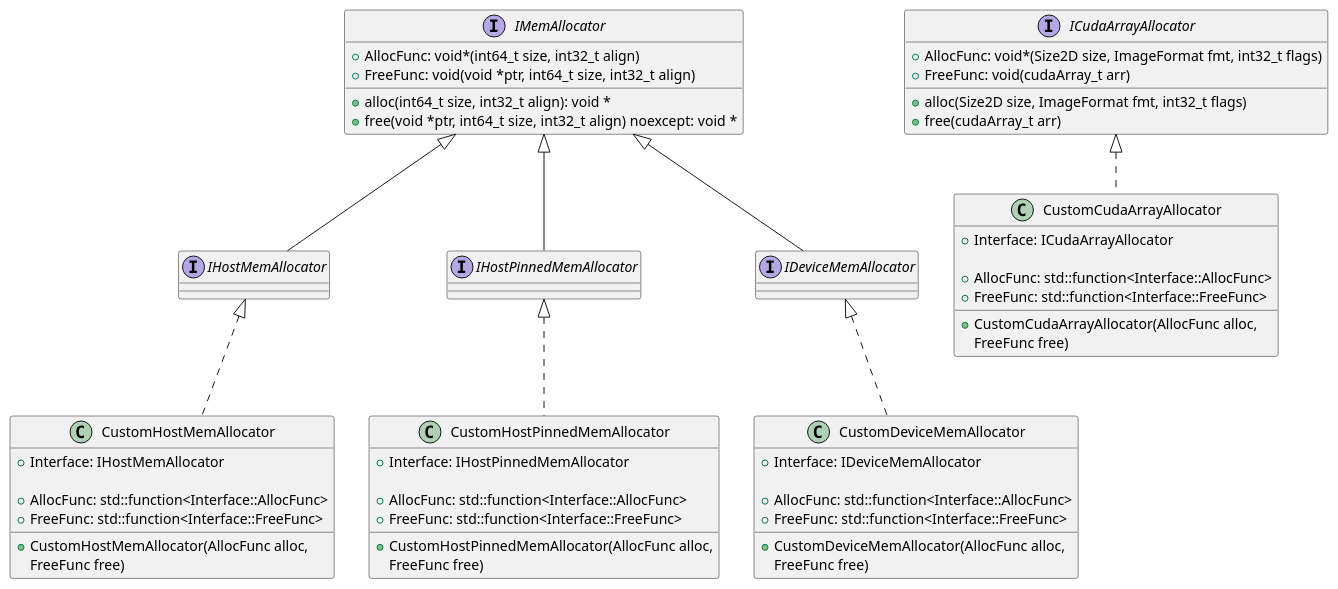
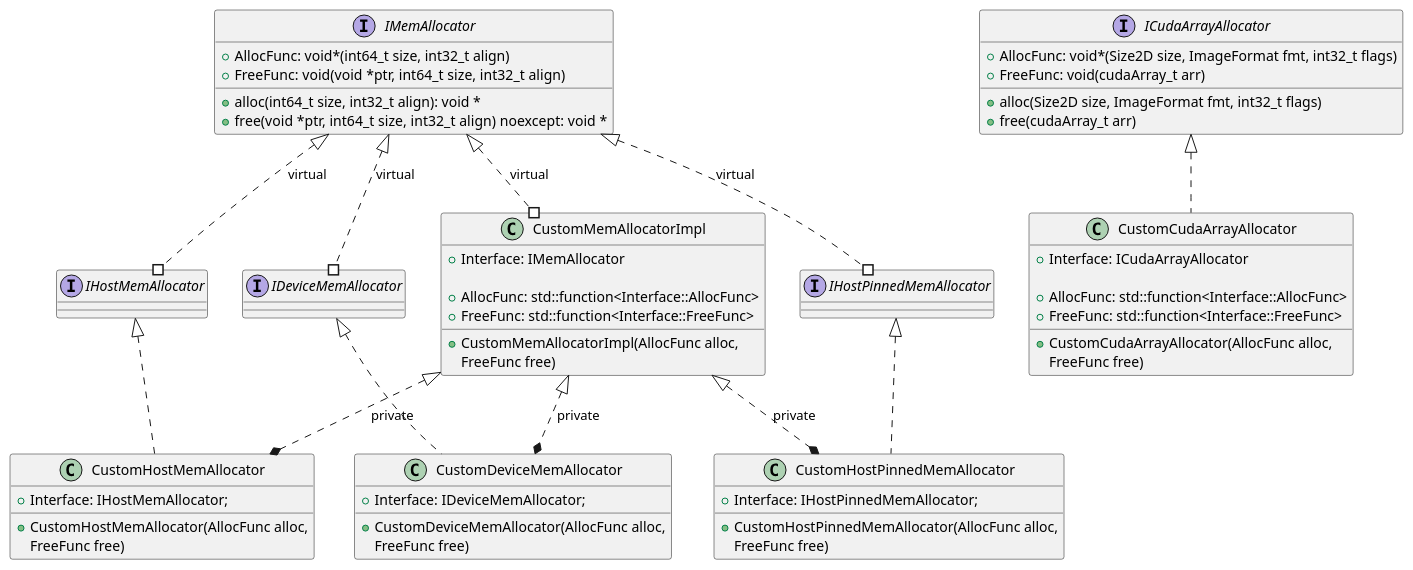
Before and after one commit to JanuszL/CV-CUDA: the diagram in docs/design/resource_allocator_classes.puml, drawn with PlantUML. The commit also changed 3 other files, not shown here.

First line of the commit message:
refactor(allocator): use virtual inheritance to reduce code duplication

```diff
--- a/docs/design/resource_allocator_classes.puml
+++ b/docs/design/resource_allocator_classes.puml
@@ -13,69 +13,80 @@
 @startuml
 
 interface IMemAllocator
 {
     + {field} AllocFunc: void*(int64_t size, int32_t align)
     + {field} FreeFunc: void(void *ptr, int64_t size, int32_t align)
 
     + alloc(int64_t size, int32_t align): void *
     + free(void *ptr, int64_t size, int32_t align) noexcept: void *
 }
 
-interface IHostMemAllocator extends IMemAllocator
-interface IHostPinnedMemAllocator extends IMemAllocator
-interface IDeviceMemAllocator extends IMemAllocator
+interface IHostMemAllocator
+interface IHostPinnedMemAllocator
+interface IDeviceMemAllocator
+
+IMemAllocator <|..# IHostMemAllocator: virtual
+IMemAllocator <|..# IHostPinnedMemAllocator: virtual
+IMemAllocator <|..# IDeviceMemAllocator: virtual
 
 interface ICudaArrayAllocator
 {
     + {field} AllocFunc: void*(Size2D size, ImageFormat fmt, int32_t flags)
     + {field} FreeFunc: void(cudaArray_t arr)
 
     + alloc(Size2D size, ImageFormat fmt, int32_t flags)
     + free(cudaArray_t arr)
 }
 
 class CustomCudaArrayAllocator implements ICudaArrayAllocator
 {
     + {field} Interface: ICudaArrayAllocator
 
     + {field} AllocFunc: std::function<Interface::AllocFunc>
     + {field} FreeFunc: std::function<Interface::FreeFunc>
 
     + CustomCudaArrayAllocator(AllocFunc alloc,
                                FreeFunc free)
 }
 
-class CustomHostMemAllocator implements IHostMemAllocator
+class CustomMemAllocatorImpl
 {
-    + {field} Interface: IHostMemAllocator
+    + {field} Interface: IMemAllocator
 
     + {field} AllocFunc: std::function<Interface::AllocFunc>
     + {field} FreeFunc: std::function<Interface::FreeFunc>
+
+    + CustomMemAllocatorImpl(AllocFunc alloc,
+                             FreeFunc free)
+}
+IMemAllocator <|..# CustomMemAllocatorImpl: virtual
+
+class CustomHostMemAllocator implements IHostMemAllocator
+{
+    + {field} Interface: IHostMemAllocator;
 
     + CustomHostMemAllocator(AllocFunc alloc,
                              FreeFunc free)
 }
 
 class CustomHostPinnedMemAllocator implements IHostPinnedMemAllocator
 {
-    + {field} Interface: IHostPinnedMemAllocator
-
-    + {field} AllocFunc: std::function<Interface::AllocFunc>
-    + {field} FreeFunc: std::function<Interface::FreeFunc>
+    + {field} Interface: IHostPinnedMemAllocator;
 
     + CustomHostPinnedMemAllocator(AllocFunc alloc,
                                    FreeFunc free)
 }
 
 class CustomDeviceMemAllocator implements IDeviceMemAllocator
 {
-    + {field} Interface: IDeviceMemAllocator
-
-    + {field} AllocFunc: std::function<Interface::AllocFunc>
-    + {field} FreeFunc: std::function<Interface::FreeFunc>
+    + {field} Interface: IDeviceMemAllocator;
 
     + CustomDeviceMemAllocator(AllocFunc alloc,
                                FreeFunc free)
 }
 
+CustomMemAllocatorImpl <|..* CustomHostMemAllocator: private
+CustomMemAllocatorImpl <|..* CustomHostPinnedMemAllocator: private
+CustomMemAllocatorImpl <|..* CustomDeviceMemAllocator: private
+
 @enduml
```
